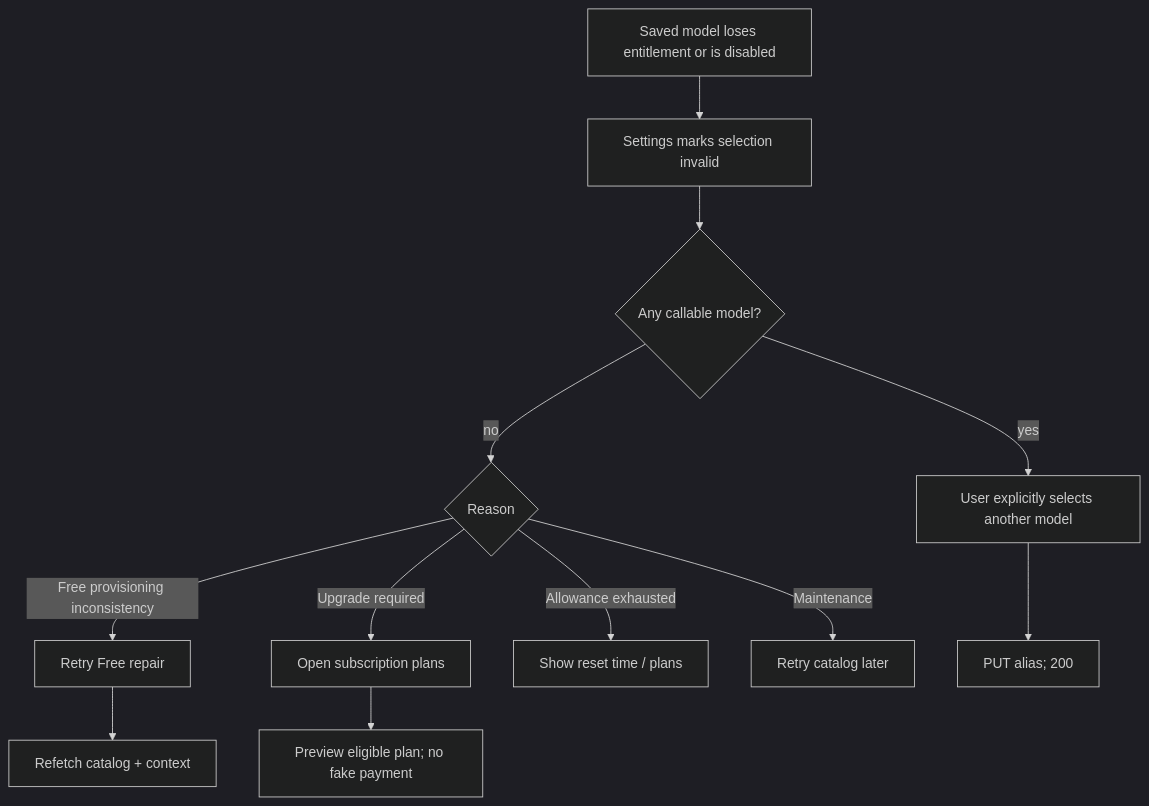
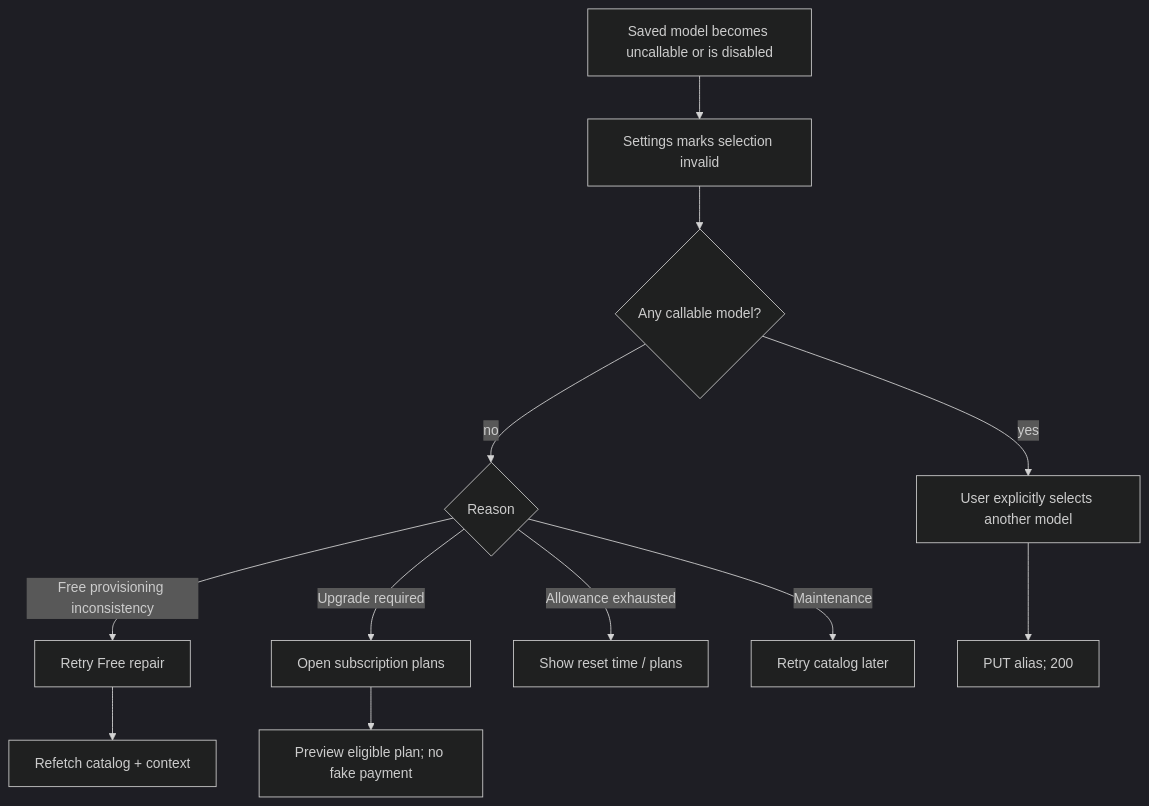
Before and after one commit to glide-the/dream-im-platform: the second of 6 diagrams in docs/design/ink-dream-memory/06-model-catalog-and-default-subscription-plans.md, drawn with Mermaid (dark theme). The commit also changed other lines of this file and 15 other files, not shown here.

````diff
--- a/docs/design/ink-dream-memory/06-model-catalog-and-default-subscription-plans.md
+++ b/docs/design/ink-dream-memory/06-model-catalog-and-default-subscription-plans.md
@@ -118,14 +118,14 @@
 ```mermaid
 flowchart TD
-  A["Saved model loses entitlement or is disabled"] --> B["Settings marks selection invalid"]
+  A["Saved model becomes uncallable or is disabled"] --> B["Settings marks selection invalid"]
   B --> C{"Any callable model?"}
   C -->|"yes"| D["User explicitly selects another model"]
   C -->|"no"| E{"Reason"}
   E -->|"Free provisioning inconsistency"| F["Retry Free repair"]
   E -->|"Upgrade required"| G["Open subscription plans"]
   E -->|"Allowance exhausted"| H["Show reset time / plans"]
   E -->|"Maintenance"| I["Retry catalog later"]
   D --> J["PUT alias; 200"]
   F --> K["Refetch catalog + context"]
   G --> L["Preview eligible plan; no fake payment"]
 ```
````
